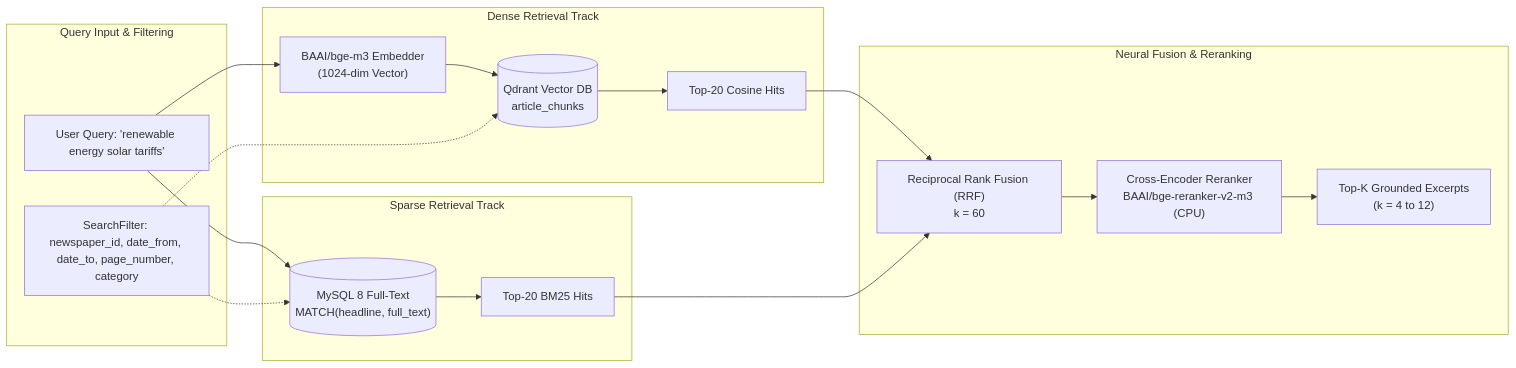
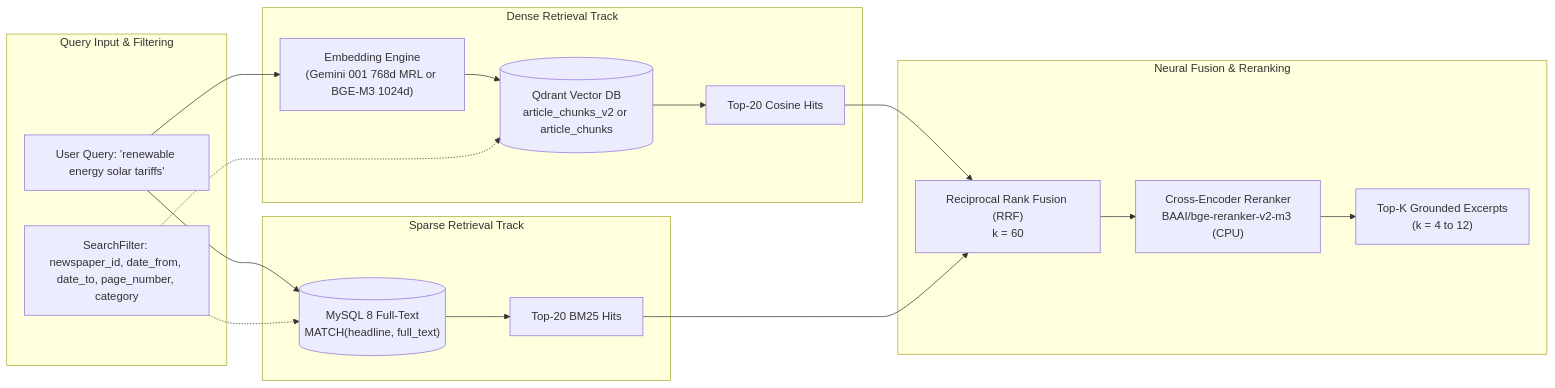
The first of 7 diagrams in docs/tools_reference_guide.md (piyushgoel2808/NewsLens-AI), drawn with Mermaid before and after one commit. The commit also changed other lines of this file and 22 other files, not shown here.

Commit message:
feat: implement dual-mode vector embeddings, strict dual Qdrant collections, cloud Docling, and update documentation

````diff
--- a/docs/tools_reference_guide.md
+++ b/docs/tools_reference_guide.md
@@ -33,30 +33,30 @@
 ```mermaid
 flowchart LR
     subgraph INGEST ["Query Input & Filtering"]
         Q["User Query: 'renewable energy solar tariffs'"]
         F["SearchFilter: newspaper_id, date_from, date_to, page_number, category"]
     end
 
     subgraph DENSE ["Dense Retrieval Track"]
-        E["BAAI/bge-m3 Embedder<br/>(1024-dim Vector)"]
-        Qdrant[("Qdrant Vector DB<br/>article_chunks")]
+        E["Embedding Engine<br/>(Gemini 001 768d MRL or BGE-M3 1024d)"]
+        Qdrant[("Qdrant Vector DB<br/>article_chunks_v2 or article_chunks")]
         Hits_D["Top-20 Cosine Hits"]
         Q --> E --> Qdrant --> Hits_D
     end
 
     subgraph SPARSE ["Sparse Retrieval Track"]
         MySQL[("MySQL 8 Full-Text<br/>MATCH(headline, full_text)")]
         Hits_S["Top-20 BM25 Hits"]
         Q --> MySQL --> Hits_S
     end
 
     subgraph FUSION ["Neural Fusion & Reranking"]
         RRF["Reciprocal Rank Fusion (RRF)<br/>k = 60"]
         CrossEncoder["Cross-Encoder Reranker<br/>BAAI/bge-reranker-v2-m3 (CPU)"]
         TopK["Top-K Grounded Excerpts<br/>(k = 4 to 12)"]
         Hits_D & Hits_S --> RRF --> CrossEncoder --> TopK
     end
 
     F -.-> Qdrant
     F -.-> MySQL
 ```
````
